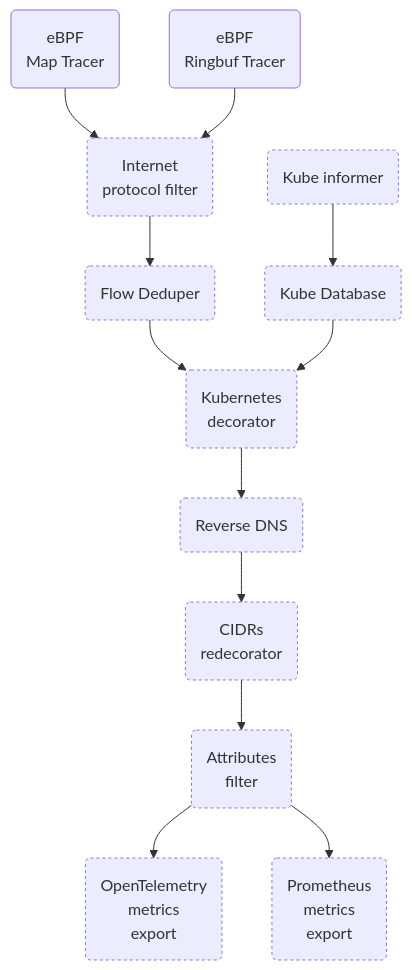
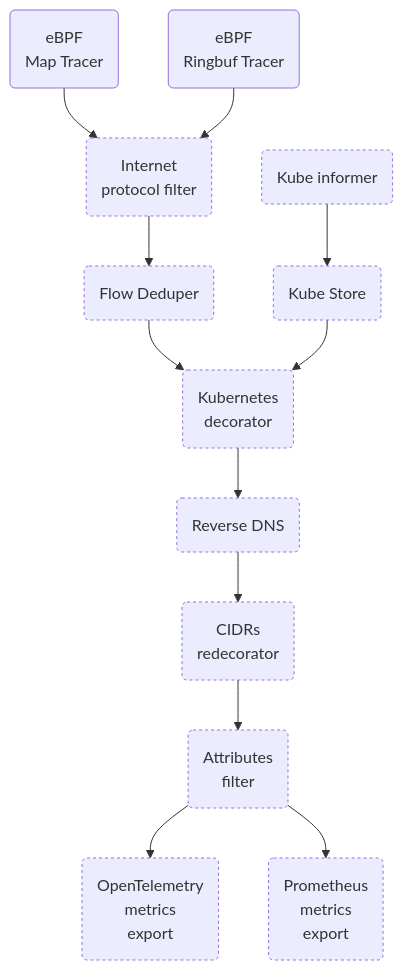
The second of 2 diagrams in devdocs/pipeline-map.md (open-telemetry/opentelemetry-ebpf-instrumentation), drawn with Mermaid before and after one commit. The commit also changed other lines of this file and 10 other files, not shown here.

First line of the commit message:
Rename all `kube.Store` and `store.InMemory` fields for consistency (#1297)

````diff
--- a/devdocs/pipeline-map.md
+++ b/devdocs/pipeline-map.md
@@ -69,15 +69,15 @@
 ```mermaid
 flowchart TD
     classDef optional stroke-dasharray: 3 3;
     MT(eBPF<br/>Map Tracer) --> PF
     RT(eBPF<br/>Ringbuf Tracer) --> PF
     PF(Internet<br/>protocol filter):::optional --> DD
     DD(Flow Deduper):::optional --> K8S
-    KIN(Kube informer):::optional --> KDB
-    KDB(Kube Database):::optional --> K8S
+    KIN(Kube informer):::optional --> KSTORE
+    KSTORE(Kube Store):::optional --> K8S
     K8S(Kubernetes<br/>decorator):::optional --> RDNS
     RDNS(Reverse DNS):::optional --> CIDRS
     CIDRS(CIDRs<br/>redecorator):::optional --> FLTR
     FLTR(Attributes<br/>filter):::optional --> OTEL(OpenTelemetry<br/>metrics<br/>export):::optional
     FLTR --> PROM(Prometheus<br/>metrics<br/>export):::optional
 ```
````
